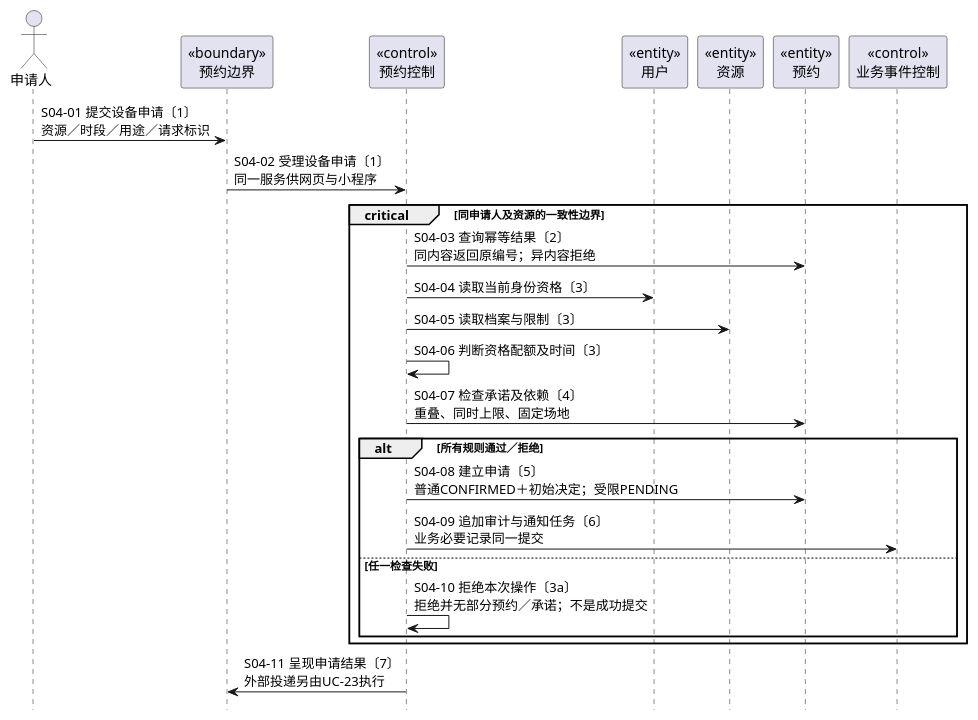
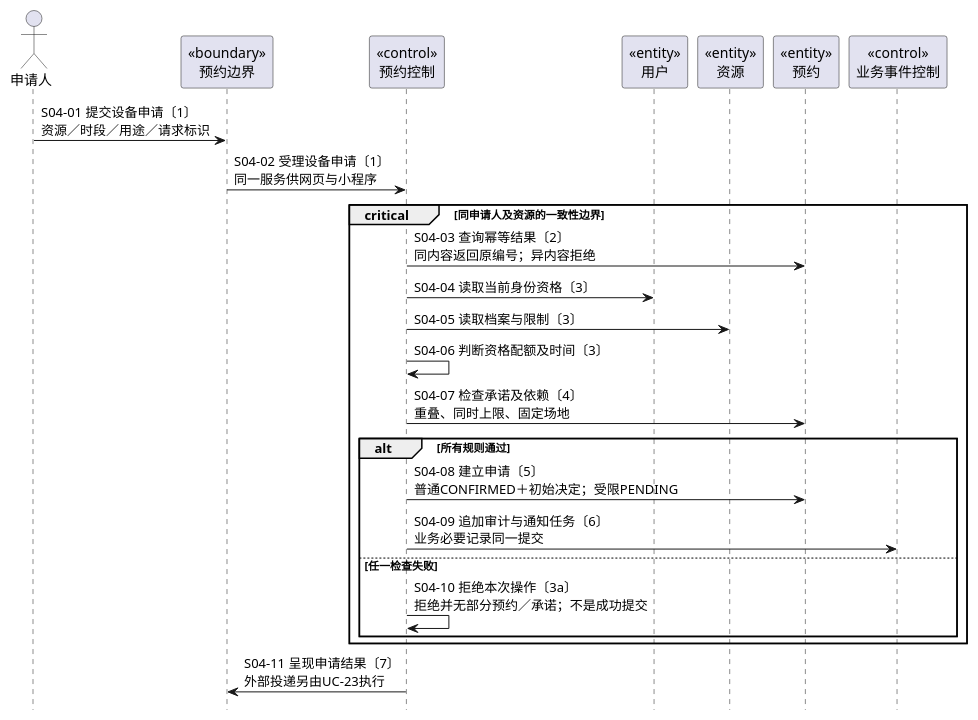
The diagram in models/图形源文件/图5-4-设备申请内部协作序列图.puml (yvming67-gif/campus-lab-equipment-manager), drawn with PlantUML before and after one commit. The commit also changed 38 other files, not shown here.

```diff
--- a/models/图形源文件/图5-4-设备申请内部协作序列图.puml
+++ b/models/图形源文件/图5-4-设备申请内部协作序列图.puml
@@ -1,27 +1,27 @@
 @startuml
 skinparam defaultFontName Microsoft YaHei
 hide footbox
 actor "申请人" as L0
 participant "«boundary»\n预约边界" as L1
 participant "«control»\n预约控制" as L2
 participant "«entity»\n用户" as L3
 participant "«entity»\n资源" as L4
 participant "«entity»\n预约" as L5
 participant "«control»\n业务事件控制" as L6
 L0 -> L1: S04-01 提交设备申请〔1〕\n资源／时段／用途／请求标识
 L1 -> L2: S04-02 受理设备申请〔1〕\n同一服务供网页与小程序
 critical 同申请人及资源的一致性边界
 L2 -> L5: S04-03 查询幂等结果〔2〕\n同内容返回原编号；异内容拒绝
 L2 -> L3: S04-04 读取当前身份资格〔3〕
 L2 -> L4: S04-05 读取档案与限制〔3〕
 L2 -> L2: S04-06 判断资格配额及时间〔3〕
 L2 -> L5: S04-07 检查承诺及依赖〔4〕\n重叠、同时上限、固定场地
-alt 所有规则通过／拒绝
+alt 所有规则通过
 L2 -> L5: S04-08 建立申请〔5〕\n普通CONFIRMED＋初始决定；受限PENDING
 L2 -> L6: S04-09 追加审计与通知任务〔6〕\n业务必要记录同一提交
 else 任一检查失败
 L2 -> L2: S04-10 拒绝本次操作〔3a〕\n拒绝并无部分预约／承诺；不是成功提交
 end
 end
 L2 -> L1: S04-11 呈现申请结果〔7〕\n外部投递另由UC-23执行
 @enduml
```
